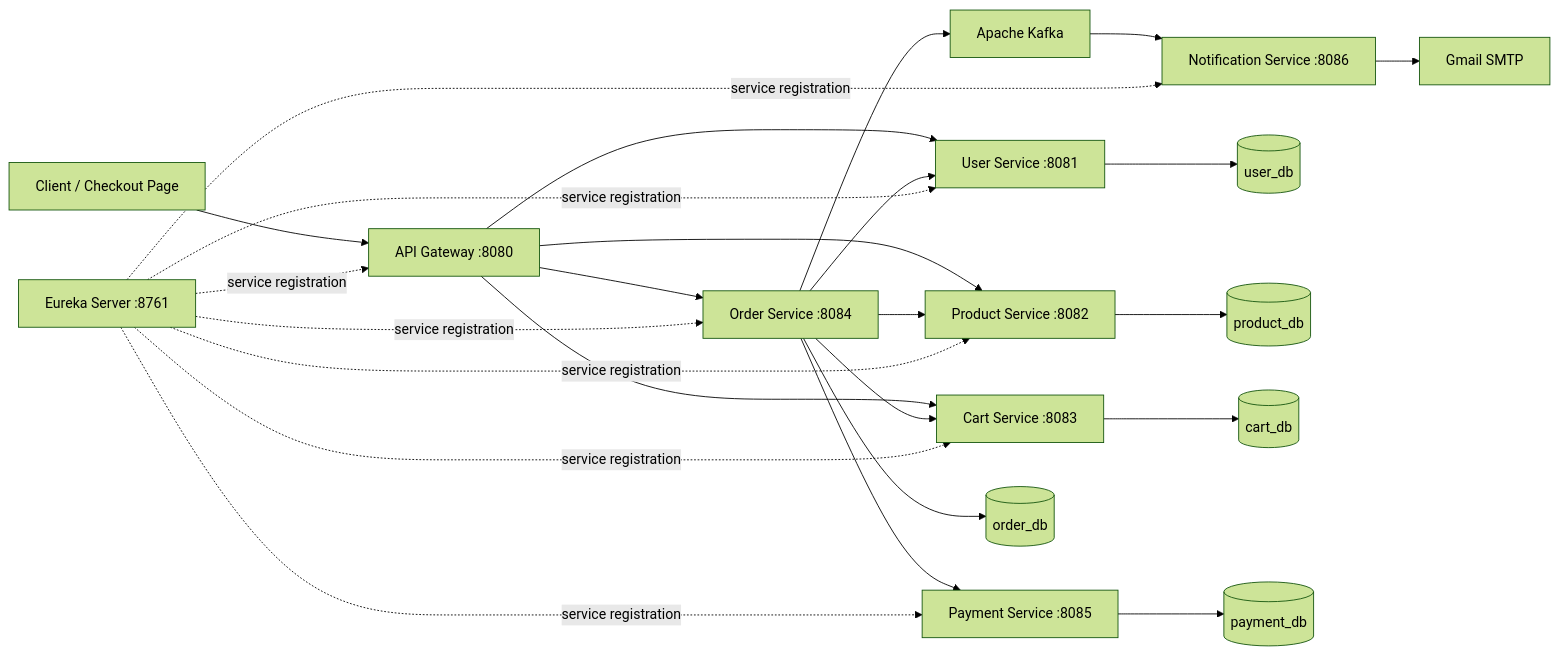
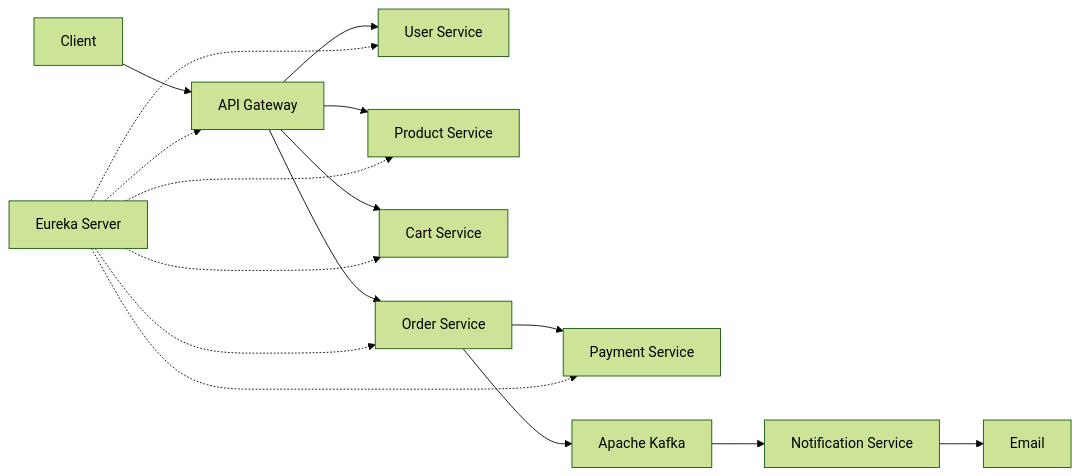
One commit to girirajpatidar09/ecommerce-microservices-backend changed the diagram in README.md. Above: the diagram before and after it, drawn with Mermaid (forest theme). The commit also changed other lines of this file, not shown here.

````diff
--- a/README.md
+++ b/README.md
@@ -19,32 +19,18 @@
 ```mermaid
 flowchart LR
-    Client["Client / Checkout Page"] --> Gateway["API Gateway :8080"]
-
-    Gateway --> User["User Service :8081"]
-    Gateway --> Product["Product Service :8082"]
-    Gateway --> Cart["Cart Service :8083"]
-    Gateway --> Order["Order Service :8084"]
-
-    Order --> User
-    Order --> Cart
-    Order --> Product
-    Order --> Payment["Payment Service :8085"]
-
+    Client["Client"] --> Gateway["API Gateway"]
+    Gateway --> User["User Service"]
+    Gateway --> Product["Product Service"]
+    Gateway --> Cart["Cart Service"]
+    Gateway --> Order["Order Service"]
+    Order --> Payment["Payment Service"]
     Order --> Kafka["Apache Kafka"]
-    Kafka --> Notification["Notification Service :8086"]
-    Notification --> Gmail["Gmail SMTP"]
-
-    User --> UserDB[(user_db)]
-    Product --> ProductDB[(product_db)]
-    Cart --> CartDB[(cart_db)]
-    Order --> OrderDB[(order_db)]
-    Payment --> PaymentDB[(payment_db)]
-
-    Discovery["Eureka Server :8761"] -. service registration .-> Gateway
-    Discovery -. service registration .-> User
-    Discovery -. service registration .-> Product
-    Discovery -. service registration .-> Cart
-    Discovery -. service registration .-> Order
-    Discovery -. service registration .-> Payment
-    Discovery -. service registration .-> Notification
+    Kafka --> Notification["Notification Service"]
+    Notification --> Email["Email"]
+    Discovery["Eureka Server"] -.-> Gateway
+    Discovery -.-> User
+    Discovery -.-> Product
+    Discovery -.-> Cart
+    Discovery -.-> Order
+    Discovery -.-> Payment
 ```
````
